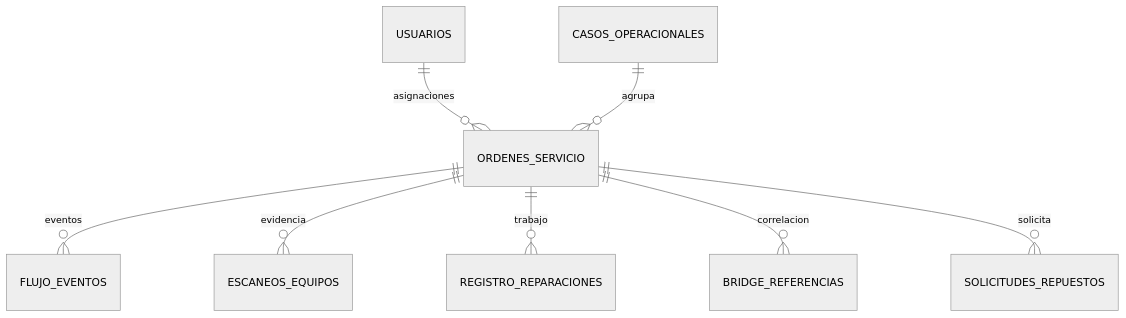
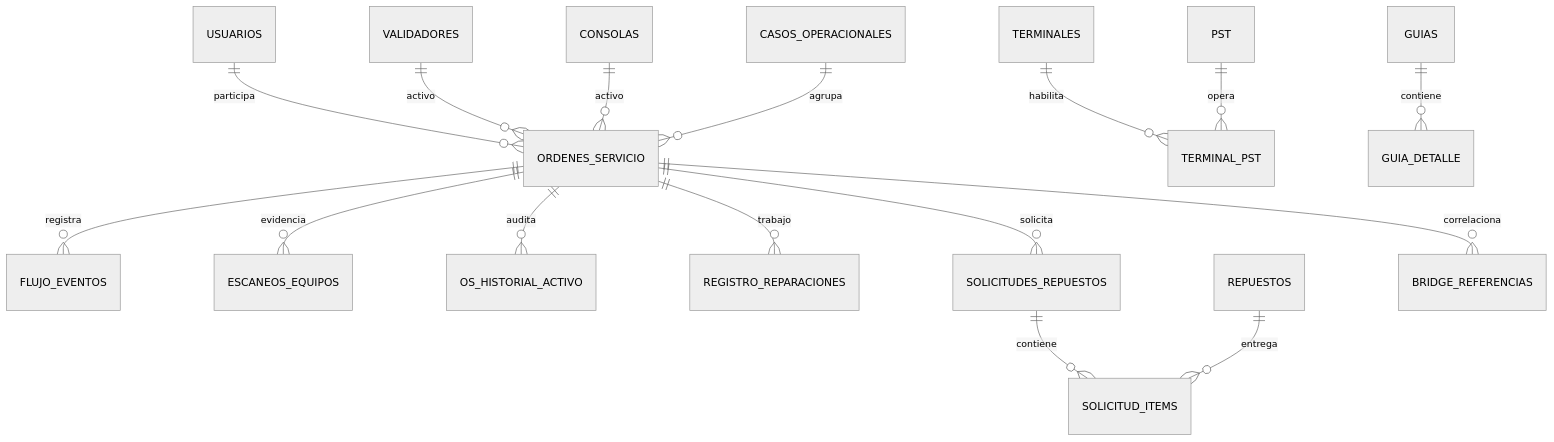
Before and after one commit to RafaOteiza/pmp-suite-capstone: the diagram in 02_Arquitectura/Arquitectura_07_Base_Datos_ERD_V2.0.md, drawn with Mermaid (neutral theme). The commit also changed other lines of this file and 31 other files, not shown here.

````diff
--- a/02_Arquitectura/Arquitectura_07_Base_Datos_ERD_V2.0.md
+++ b/02_Arquitectura/Arquitectura_07_Base_Datos_ERD_V2.0.md
@@ -37,10 +35,18 @@
 ```mermaid
 erDiagram
-  USUARIOS ||--o{ ORDENES_SERVICIO : asignaciones
-  CASOS_OPERACIONALES ||--o{ ORDENES_SERVICIO : agrupa
-  ORDENES_SERVICIO ||--o{ FLUJO_EVENTOS : eventos
-  ORDENES_SERVICIO ||--o{ ESCANEOS_EQUIPOS : evidencia
-  ORDENES_SERVICIO ||--o{ REGISTRO_REPARACIONES : trabajo
-  ORDENES_SERVICIO ||--o{ BRIDGE_REFERENCIAS : correlacion
-  ORDENES_SERVICIO ||--o{ SOLICITUDES_REPUESTOS : solicita
+ USUARIOS ||--o{ ORDENES_SERVICIO : participa
+ VALIDADORES ||--o{ ORDENES_SERVICIO : activo
+ CONSOLAS ||--o{ ORDENES_SERVICIO : activo
+ CASOS_OPERACIONALES ||--o{ ORDENES_SERVICIO : agrupa
+ ORDENES_SERVICIO ||--o{ FLUJO_EVENTOS : registra
+ ORDENES_SERVICIO ||--o{ ESCANEOS_EQUIPOS : evidencia
+ ORDENES_SERVICIO ||--o{ OS_HISTORIAL_ACTIVO : audita
+ ORDENES_SERVICIO ||--o{ REGISTRO_REPARACIONES : trabajo
+ ORDENES_SERVICIO ||--o{ SOLICITUDES_REPUESTOS : solicita
+ SOLICITUDES_REPUESTOS ||--o{ SOLICITUD_ITEMS : contiene
+ REPUESTOS ||--o{ SOLICITUD_ITEMS : entrega
+ ORDENES_SERVICIO ||--o{ BRIDGE_REFERENCIAS : correlaciona
+ TERMINALES ||--o{ TERMINAL_PST : habilita
+ PST ||--o{ TERMINAL_PST : opera
+ GUIAS ||--o{ GUIA_DETALLE : contiene
 ```
````
